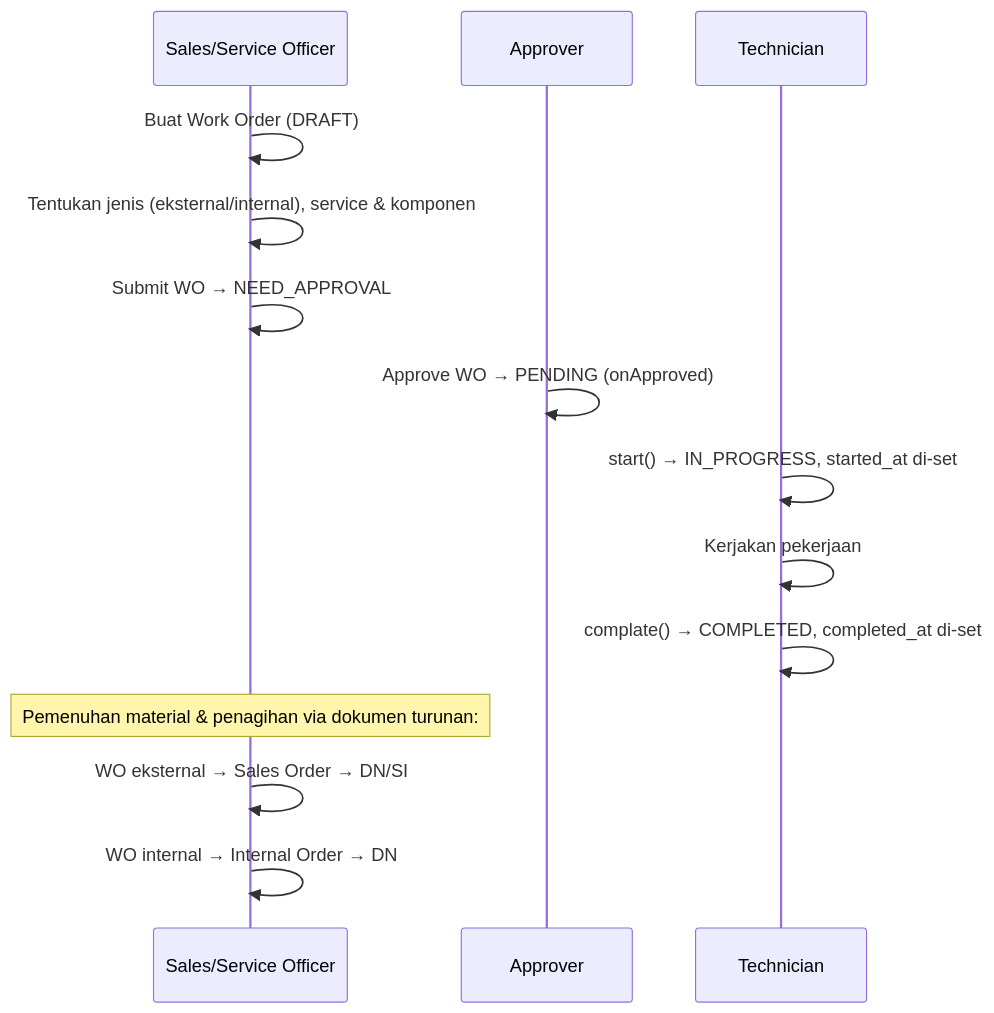
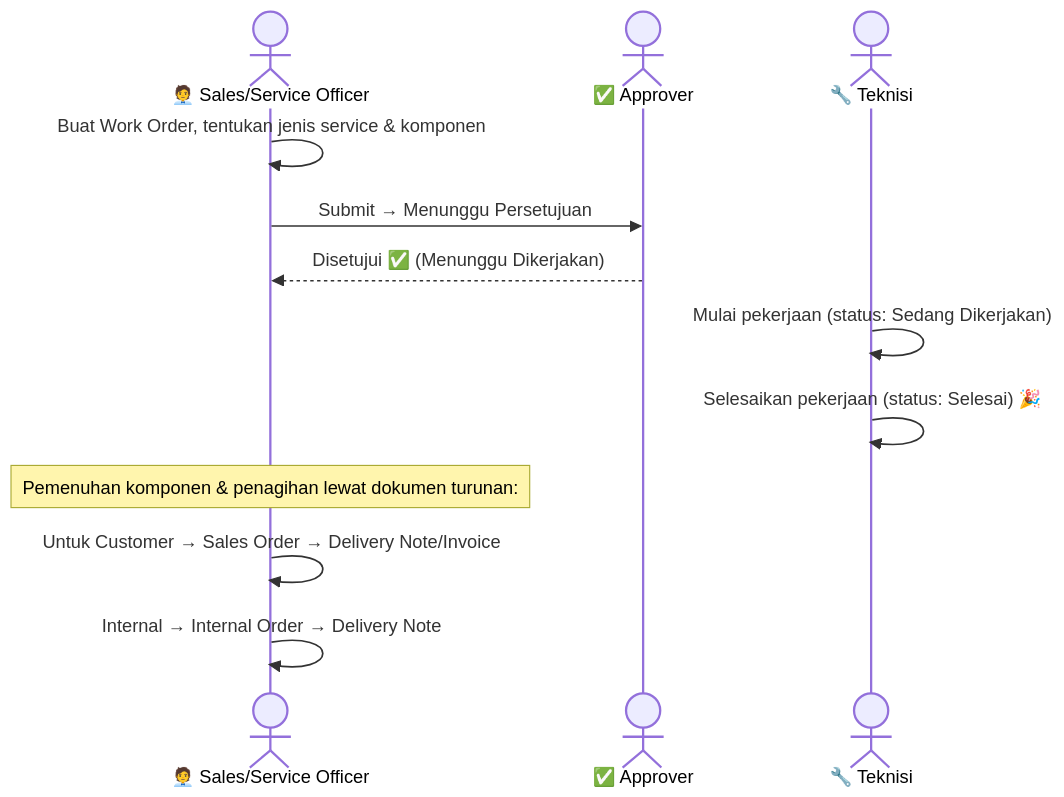
The fourth of 4 diagrams in docs/modules/service.md (RimbunCode/erp_pataya), drawn with Mermaid before and after one commit. The commit also changed other lines of this file and 14 other files, not shown here.

````diff
--- a/docs/modules/service.md
+++ b/docs/modules/service.md
@@ -174,17 +127,17 @@
 ```mermaid
 sequenceDiagram
-    participant S as Sales/Service Officer
-    participant A as Approver
-    participant T as Technician
+    actor Sales as 🧑‍💼 Sales/Service Officer
+    actor Approver as ✅ Approver
+    actor Tech as 🔧 Teknisi
 
-    S->>S: Buat Work Order (DRAFT)
-    S->>S: Tentukan jenis (eksternal/internal), service & komponen
-    S->>S: Submit WO → NEED_APPROVAL
-    A->>A: Approve WO → PENDING (onApproved)
-    T->>T: start() → IN_PROGRESS, started_at di-set
-    T->>T: Kerjakan pekerjaan
-    T->>T: complate() → COMPLETED, completed_at di-set
-    Note over S: Pemenuhan material & penagihan via dokumen turunan:
-    S->>S: WO eksternal → Sales Order → DN/SI
-    S->>S: WO internal → Internal Order → DN
+    Sales->>Sales: Buat Work Order, tentukan jenis service & komponen
+    Sales->>Approver: Submit → Menunggu Persetujuan
+    Approver-->>Sales: Disetujui ✅ (Menunggu Dikerjakan)
+
+    Tech->>Tech: Mulai pekerjaan (status: Sedang Dikerjakan)
+    Tech->>Tech: Selesaikan pekerjaan (status: Selesai) 🎉
+
+    Note over Sales: Pemenuhan komponen & penagihan lewat dokumen turunan:
+    Sales->>Sales: Untuk Customer → Sales Order → Delivery Note/Invoice
+    Sales->>Sales: Internal → Internal Order → Delivery Note
 ```
````
